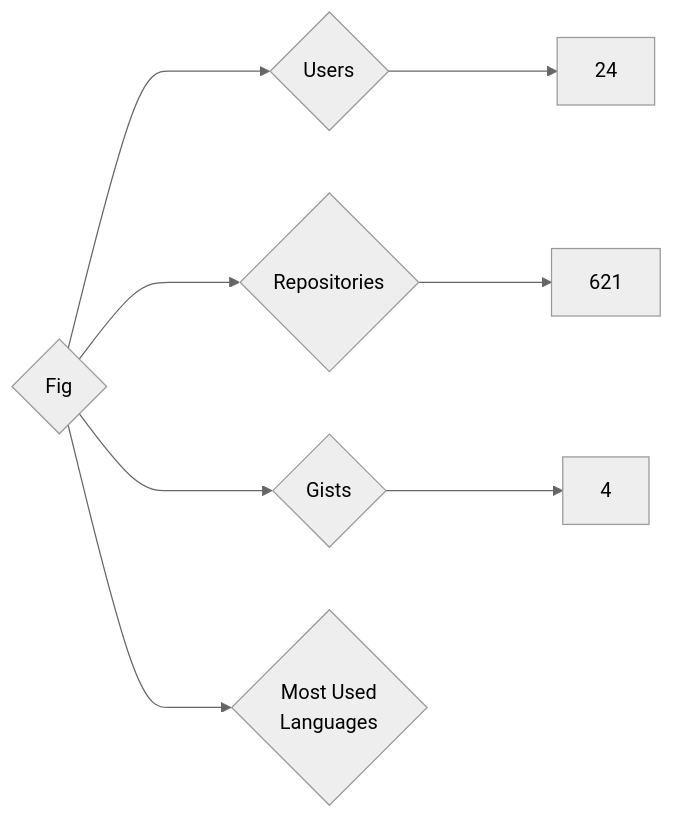
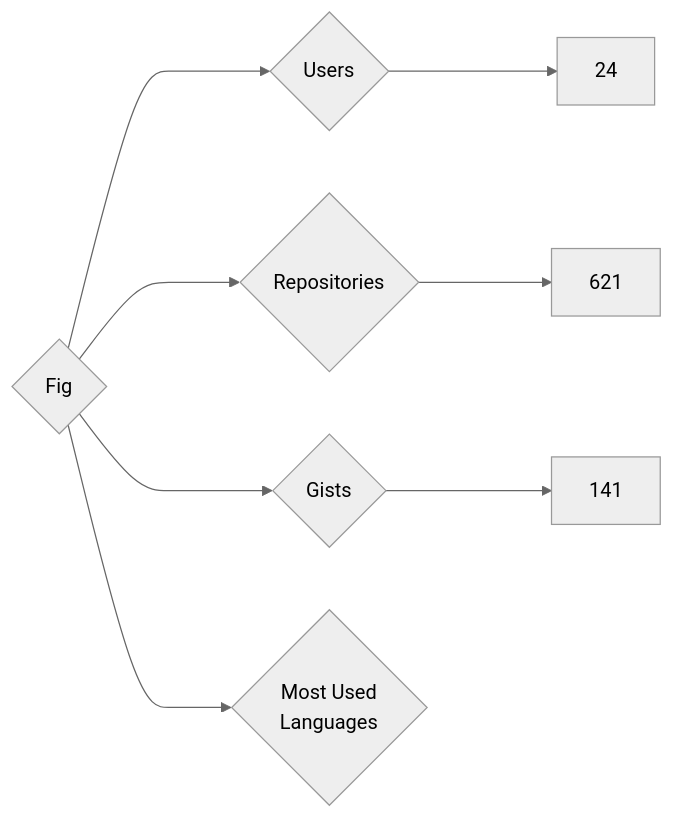
One commit to nenadzaric/insiders changed the diagram in targets/Fig/README.md. Above: the diagram before and after it, drawn with Mermaid (neutral theme). The commit also changed 1342 other files, not shown here.

````diff
--- a/targets/Fig/README.md
+++ b/targets/Fig/README.md
@@ -3,8 +3,8 @@
 ```mermaid
 graph LR
 COMPANY_NAME{Fig}
 COMPANY_NAME ---> U{Users} ---> UN[24]
 COMPANY_NAME ---> R{Repositories} ---> RN[621]
-COMPANY_NAME ---> G{Gists} ---> GN[4]
+COMPANY_NAME ---> G{Gists} ---> GN[141]
 COMPANY_NAME ---> ML{Most Used<br>Languages}
 ```
````
